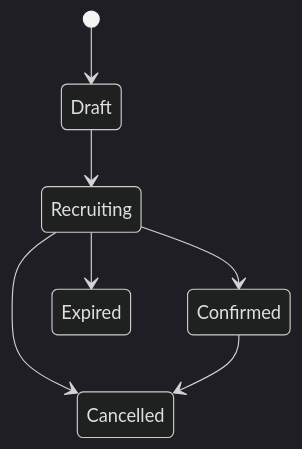
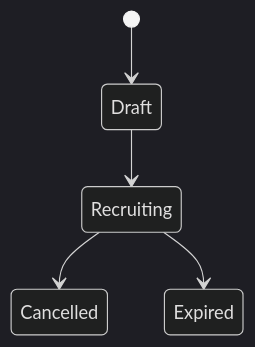
One commit to beyond-labo/free-time-matching changed the second of 2 diagrams in .kiro/specs/ios-hosting/design.md. Above: the diagram before and after it, drawn with Mermaid (dark theme). The commit also changed other lines of this file and 82 other files, not shown here.

````diff
--- a/.kiro/specs/ios-hosting/design.md
+++ b/.kiro/specs/ios-hosting/design.md
@@ -80,9 +81,7 @@
 ```mermaid
 stateDiagram-v2
     [*] --> Draft
     Draft --> Recruiting
-    Recruiting --> Confirmed
     Recruiting --> Cancelled
     Recruiting --> Expired
-    Confirmed --> Cancelled
 ```
````
